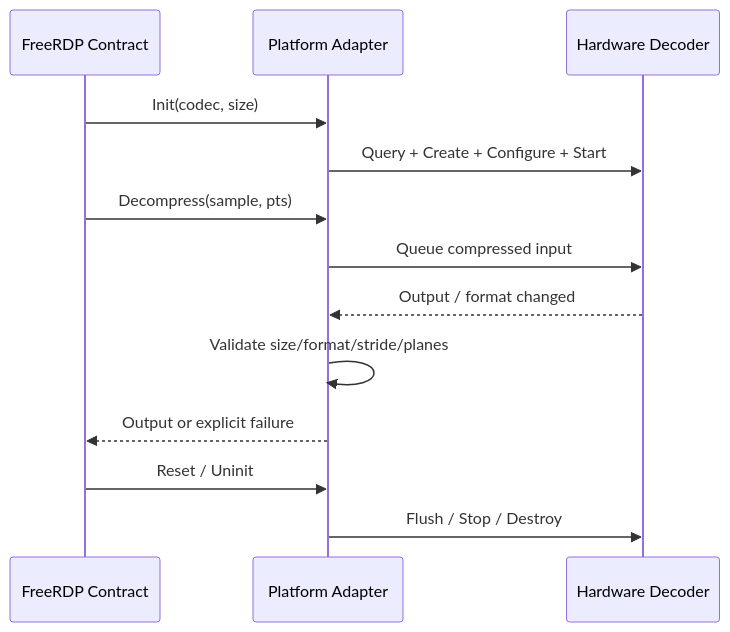
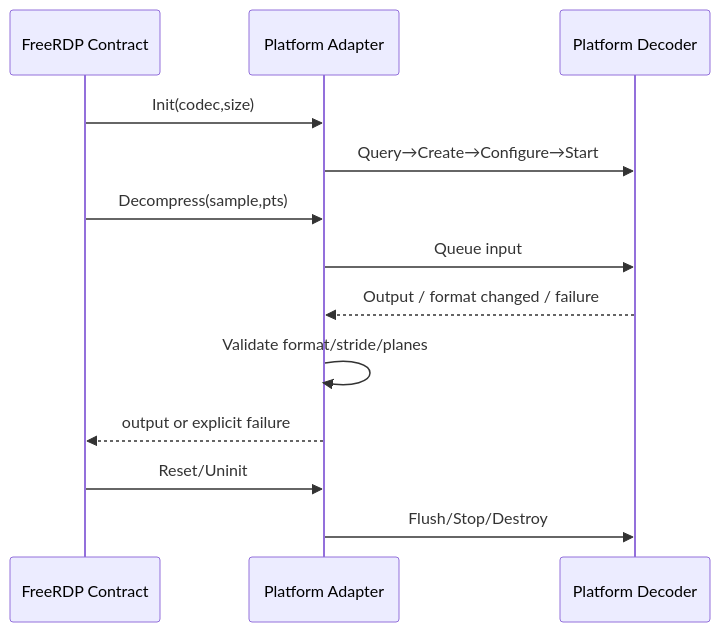
The seventh of 15 diagrams in harmonyos-sdd-ralph-workshop.md (xiaomu120413/harmonyos-sdd-ralph-workshop), drawn with Mermaid before and after one commit. The commit also changed other lines of this file and 8 other files, not shown here.

First line of the commit message:
docs(gpu): rebuild slides 28-38 evidence flow

````diff
--- a/harmonyos-sdd-ralph-workshop.md
+++ b/harmonyos-sdd-ralph-workshop.md
@@ -1751,15 +1662,15 @@
 ```mermaid
 sequenceDiagram
-    participant R as FreeRDP Contract
-    participant A as Platform Adapter
-    participant D as Hardware Decoder
-    R->>A: Init(codec, size)
-    A->>D: Query + Create + Configure + Start
-    R->>A: Decompress(sample, pts)
-    A->>D: Queue compressed input
-    D-->>A: Output / format changed
-    A->>A: Validate size/format/stride/planes
-    A-->>R: Output or explicit failure
-    R->>A: Reset / Uninit
-    A->>D: Flush / Stop / Destroy
+  participant R as FreeRDP Contract
+  participant A as Platform Adapter
+  participant D as Platform Decoder
+  R->>A: Init(codec,size)
+  A->>D: Query→Create→Configure→Start
+  R->>A: Decompress(sample,pts)
+  A->>D: Queue input
+  D-->>A: Output / format changed / failure
+  A->>A: Validate format/stride/planes
+  A-->>R: output or explicit failure
+  R->>A: Reset/Uninit
+  A->>D: Flush/Stop/Destroy
 ```
````
